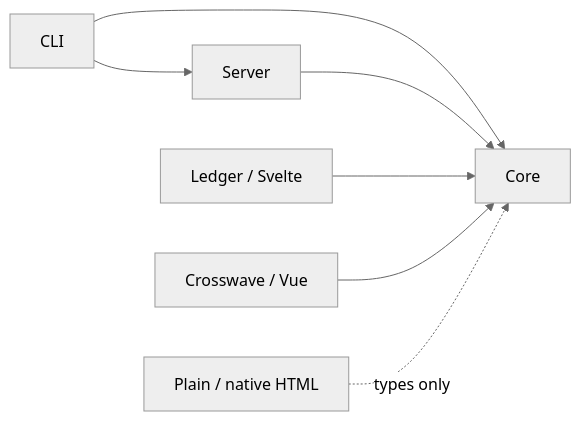
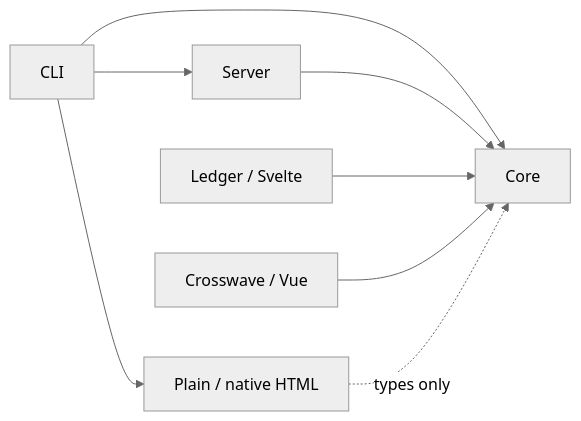
One commit to vp-tw/dirwell changed the diagram in PACKAGE_TRANSITION.md. Above: the diagram before and after it, drawn with Mermaid (neutral theme). The commit also changed other lines of this file and 43 other files, not shown here.

````diff
--- a/PACKAGE_TRANSITION.md
+++ b/PACKAGE_TRANSITION.md
@@ -19,9 +25,10 @@
 ```mermaid
 flowchart LR
   CLI --> Core
+  CLI --> Plain
   CLI --> Server
   Server --> Core
   Ledger[Ledger / Svelte] --> Core
   Crosswave[Crosswave / Vue] --> Core
   Plain[Plain / native HTML] -. types only .-> Core
 ```
````
